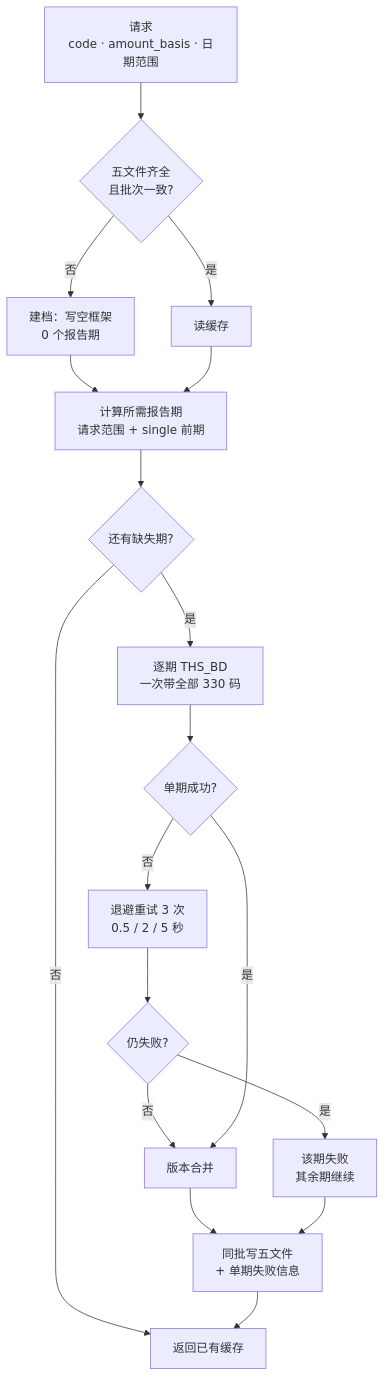
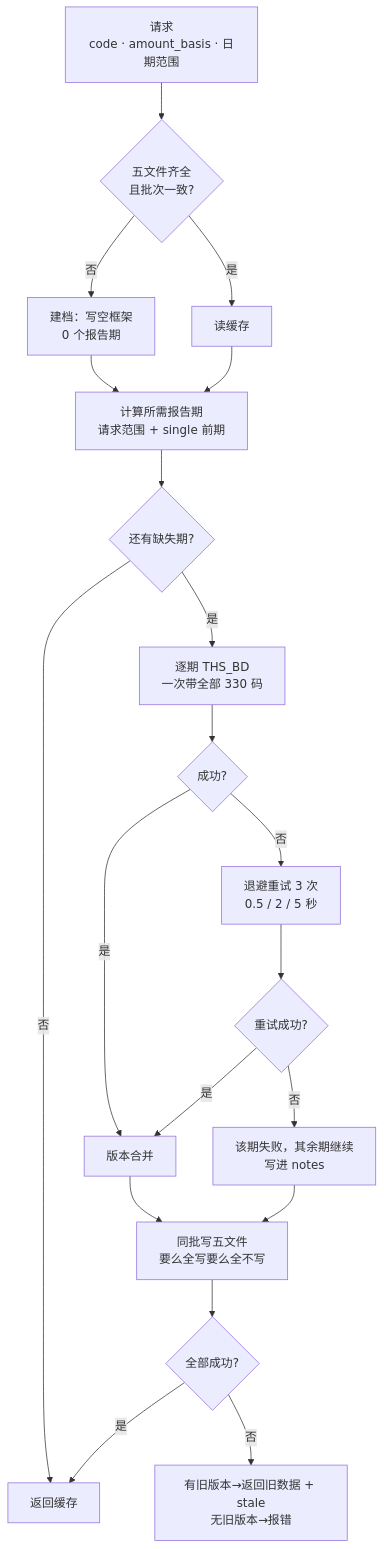
One commit to alone-tree/Ashare-announcements-MCP changed the diagram in docs/assets/src/financial-lazy.mmd. Above: the diagram before and after it, drawn with Mermaid. The commit also changed 12 other files, not shown here.

Commit message:
文档审计修正：清失效章节引用，利润表定稿83项（信息行归meta），惰性拉取标待实现，三图重画

```diff
--- a/docs/assets/src/financial-lazy.mmd
+++ b/docs/assets/src/financial-lazy.mmd
@@ -1,18 +1,20 @@
 flowchart TD
     A["请求<br/>code · amount_basis · 日期范围"] --> B{"五文件齐全<br/>且批次一致?"}
     B -- 否 --> C["建档：写空框架<br/>0 个报告期"]
     B -- 是 --> D["读缓存"]
     C --> E["计算所需报告期<br/>请求范围 + single 前期"]
     D --> E
     E --> F{"还有缺失期?"}
-    F -- 否 --> K["返回已有缓存"]
+    F -- 否 --> K["返回缓存"]
     F -- 是 --> G["逐期 THS_BD<br/>一次带全部 330 码"]
-    G --> H{"单期成功?"}
+    G --> H{"成功?"}
     H -- 否 --> I["退避重试 3 次<br/>0.5 / 2 / 5 秒"]
-    I --> J{"仍失败?"}
-    J -- 否 --> M["版本合并"]
-    J -- 是 --> L["该期失败<br/>其余期继续"]
-    H -- 是 --> M
-    M --> N["同批写五文件<br/>+ 单期失败信息"]
+    I --> J{"重试成功?"}
+    J -- 否 --> L["该期失败，其余期继续<br/>写进 notes"]
+    H -- 是 --> M["版本合并"]
+    J -- 是 --> M
+    M --> N["同批写五文件<br/>要么全写要么全不写"]
     L --> N
-    N --> K
+    N --> O{"全部成功?"}
+    O -- 是 --> K
+    O -- 否 --> P["有旧版本→返回旧数据 + stale<br/>无旧版本→报错"]
```
